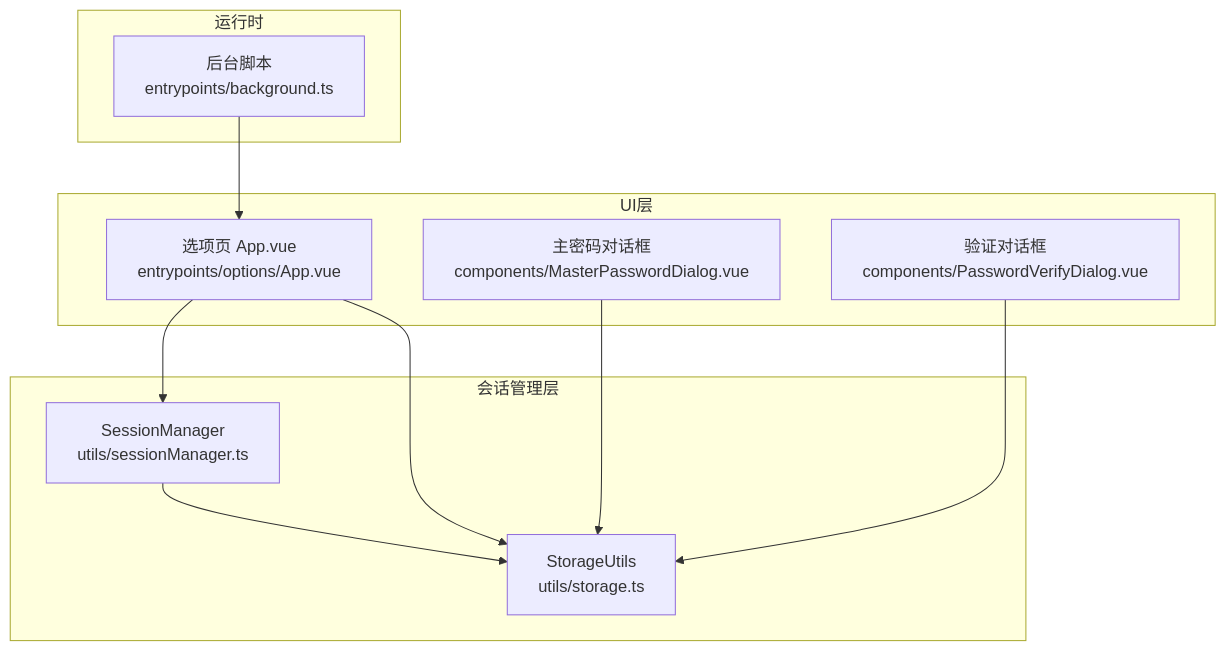
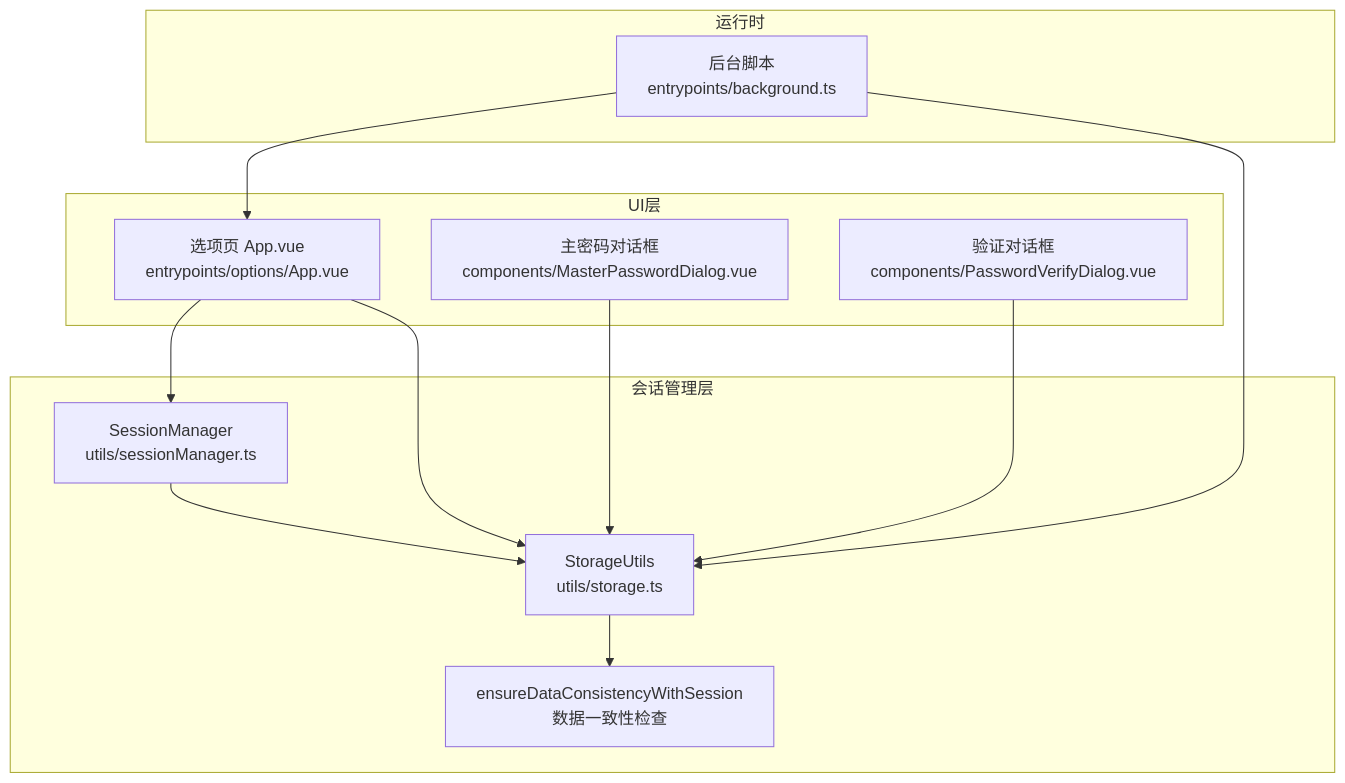
The first of 19 diagrams in .qoder/repowiki/zh/content/核心模块/会话管理.md (liaolongdong/account-password-helper), drawn with Mermaid before and after one commit. The commit also changed other lines of this file and 23 other files, not shown here.

````diff
--- a/.qoder/repowiki/zh/content/核心模块/会话管理.md
+++ b/.qoder/repowiki/zh/content/核心模块/会话管理.md
@@ -40,21 +51,24 @@
 ```mermaid
 graph TB
 subgraph "会话管理层"
 SM["SessionManager<br/>utils/sessionManager.ts"]
 SU["StorageUtils<br/>utils/storage.ts"]
+ENS["ensureDataConsistencyWithSession<br/>数据一致性检查"]
 end
 subgraph "UI层"
 OPT["选项页 App.vue<br/>entrypoints/options/App.vue"]
 MPD["主密码对话框<br/>components/MasterPasswordDialog.vue"]
 PVD["验证对话框<br/>components/PasswordVerifyDialog.vue"]
 end
 subgraph "运行时"
 BG["后台脚本<br/>entrypoints/background.ts"]
 end
 OPT --> SM
 OPT --> SU
 MPD --> SU
 PVD --> SU
 SM --> SU
+SU --> ENS
 BG --> OPT
+BG --> SU
 ```
````
